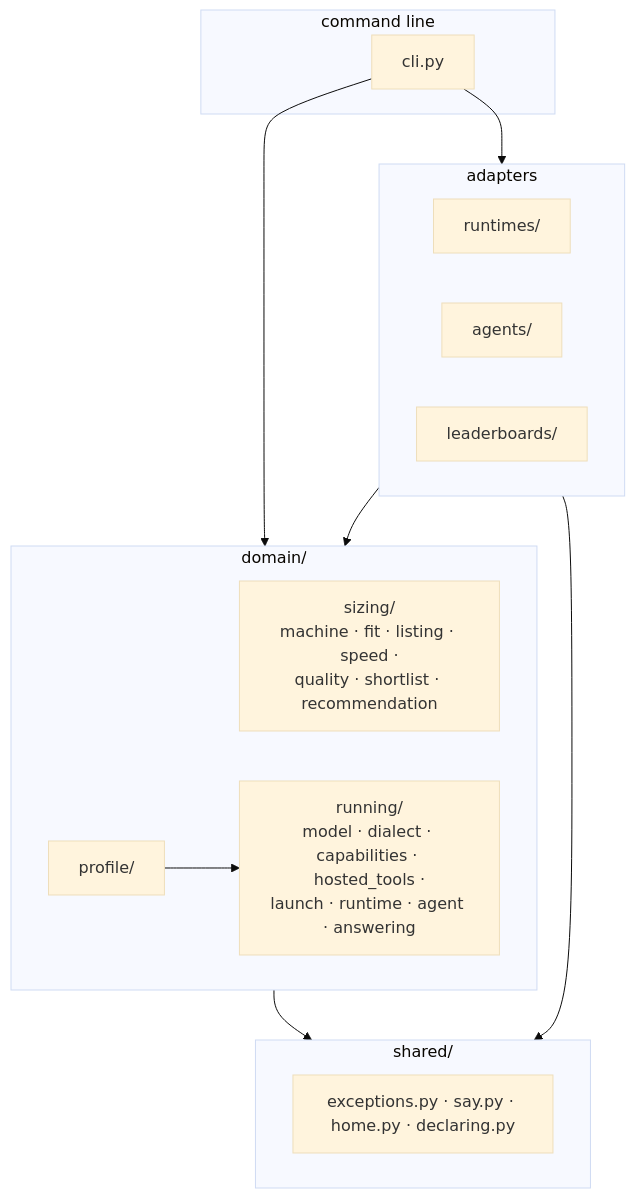
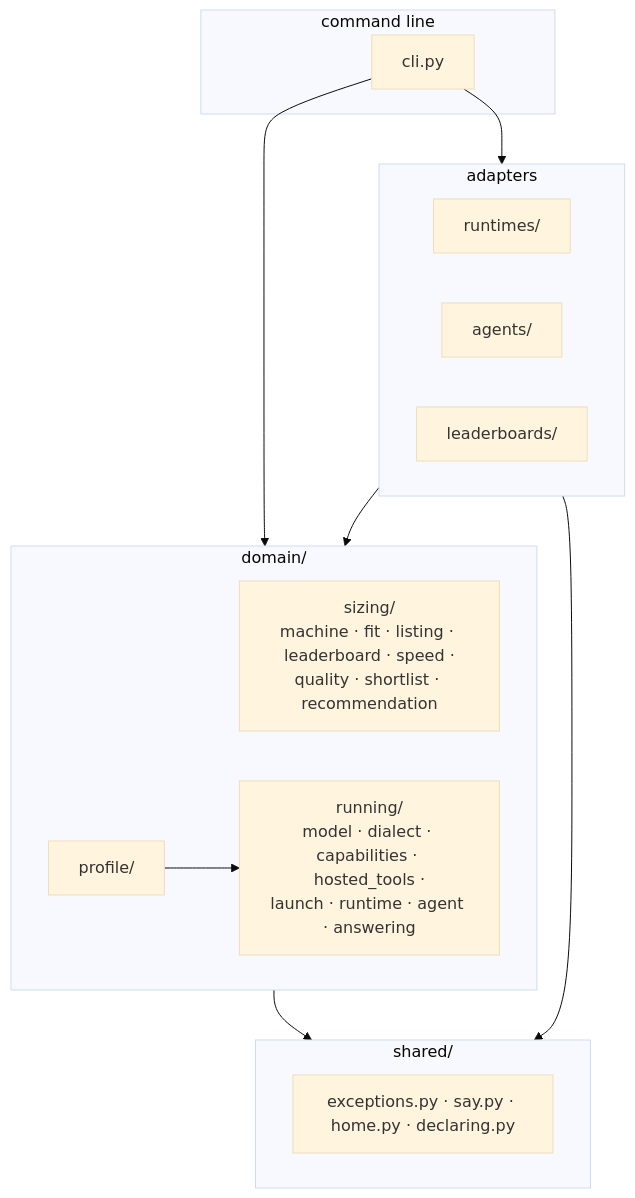
Before and after one commit to pvardanis/offgrid: the first of 3 diagrams in docs/architecture.md, drawn with Mermaid (base theme). The commit also changed other lines of this file and 2 other files, not shown here.

First line of the commit message:
docs: say the leaderboard seam is built, and what it settled

````diff
--- a/docs/architecture.md
+++ b/docs/architecture.md
@@ -13,26 +13,26 @@
 ```mermaid
 flowchart TD
     subgraph cmd [command line]
         cli[cli.py]
     end
     subgraph adapters [adapters]
         rt["runtimes/"]
         ag["agents/"]
         lb["leaderboards/"]
     end
     subgraph domain ["domain/"]
-        sizing["sizing/<br/>machine · fit · listing · speed ·<br/>quality · shortlist · recommendation"]
+        sizing["sizing/<br/>machine · fit · listing · leaderboard · speed ·<br/>quality · shortlist · recommendation"]
         running["running/<br/>model · dialect · capabilities · hosted_tools ·<br/>launch · runtime · agent · answering"]
         profile["profile/"]
     end
     subgraph shared ["shared/"]
         sh["exceptions.py · say.py · home.py · declaring.py"]
     end
 
     cli --> adapters
     cli --> domain
     adapters --> domain
     domain --> shared
     adapters --> shared
     profile --> running
 ```
````
